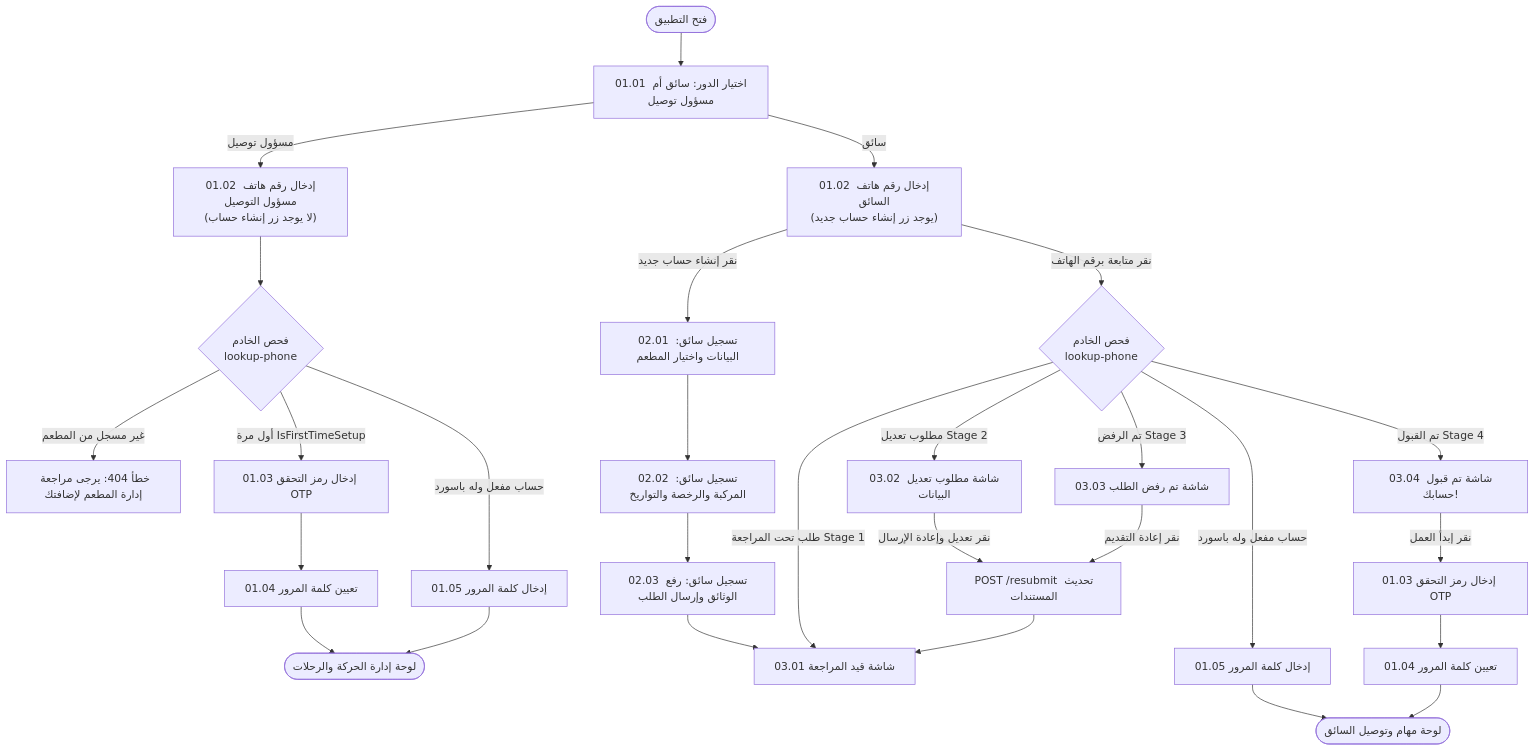
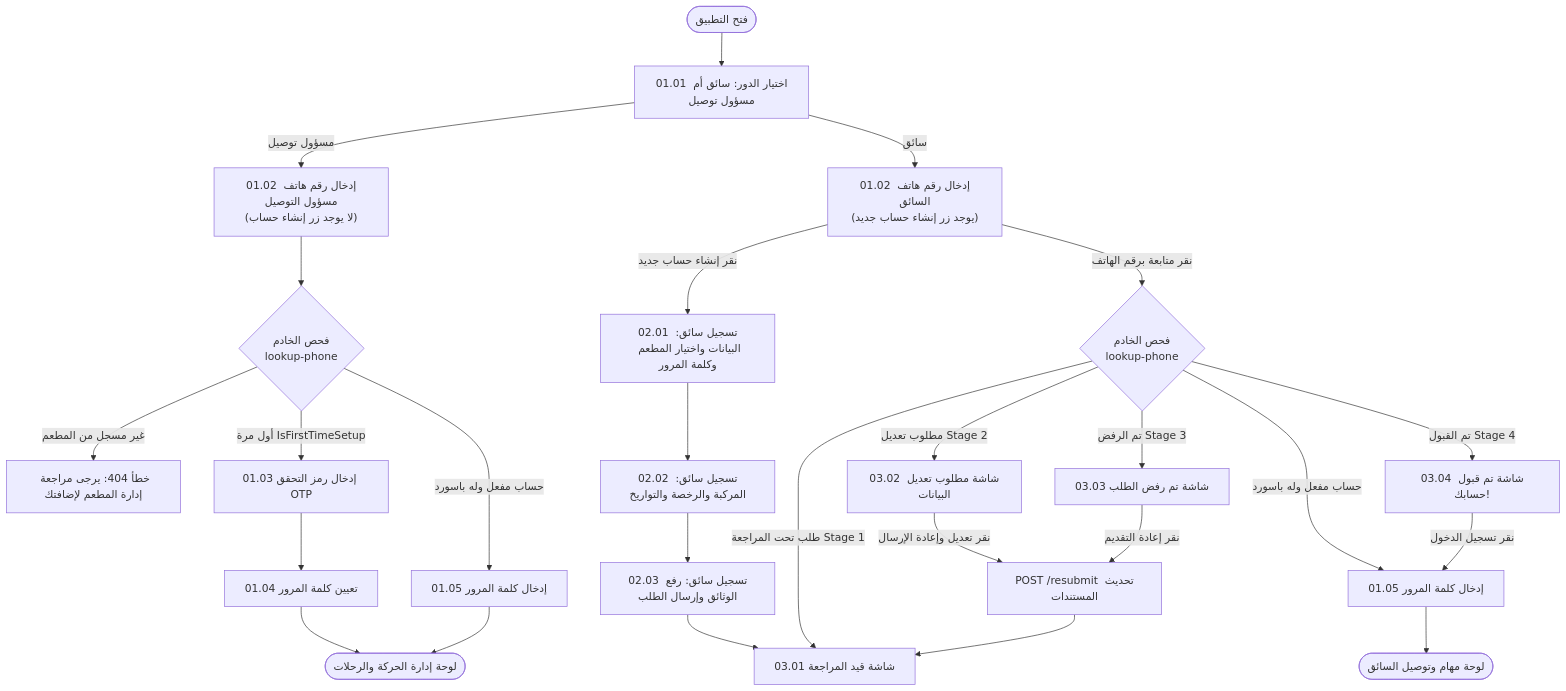
The diagram in mobile-screens/README.md (blackfalc0ns/mealmeta_backend), drawn with Mermaid before and after one commit. The commit also changed other lines of this file and 1 other file, not shown here.

Commit message:
docs(mobile): add comprehensive FCM device token and push notification integration guide

````diff
--- a/mobile-screens/README.md
+++ b/mobile-screens/README.md
@@ -118,39 +121,37 @@
 ```mermaid
 flowchart TD
     Start([فتح التطبيق]) --> R01["01.01 اختيار الدور: سائق أم مسؤول توصيل"]
     
     %% مسؤول التوصيل
     R01 -->|مسؤول توصيل| DM_Phone["01.02 إدخال رقم هاتف مسؤول التوصيل\n(لا يوجد زر إنشاء حساب)"]
     DM_Phone --> Lookup_DM{"فحص الخادم\nlookup-phone"}
     Lookup_DM -->|غير مسجل من المطعم| DM_404["خطأ 404: يرجى مراجعة إدارة المطعم لإضافتك"]
     Lookup_DM -->|أول مرة IsFirstTimeSetup| OTP_DM["01.03 إدخال رمز التحقق OTP"]
     OTP_DM --> SetPwd_DM["01.04 تعيين كلمة المرور"]
     SetPwd_DM --> DM_Home([لوحة إدارة الحركة والرحلات])
     Lookup_DM -->|حساب مفعل وله باسورد| Pwd_DM["01.05 إدخال كلمة المرور"]
     Pwd_DM --> DM_Home
 
     %% السائق
     R01 -->|سائق| Drv_Phone["01.02 إدخال رقم هاتف السائق\n(يوجد زر إنشاء حساب جديد)"]
-    Drv_Phone -->|نقر إنشاء حساب جديد| Step1["02.01 تسجيل سائق: البيانات واختيار المطعم"]
+    Drv_Phone -->|نقر إنشاء حساب جديد| Step1["02.01 تسجيل سائق: البيانات واختيار المطعم وكلمة المرور"]
     Step1 --> Step2["02.02 تسجيل سائق: المركبة والرخصة والتواريخ"]
     Step2 --> Step3["02.03 تسجيل سائق: رفع الوثائق وإرسال الطلب"]
     Step3 --> St_0301["03.01 شاشة قيد المراجعة"]
 
     Drv_Phone -->|نقر متابعة برقم الهاتف| Lookup_Drv{"فحص الخادم\nlookup-phone"}
     Lookup_Drv -->|طلب تحت المراجعة Stage 1| St_0301
     Lookup_Drv -->|مطلوب تعديل Stage 2| St_0302["03.02 شاشة مطلوب تعديل البيانات"]
     Lookup_Drv -->|تم الرفض Stage 3| St_0303["03.03 شاشة تم رفض الطلب"]
     Lookup_Drv -->|تم القبول Stage 4| St_0304["03.04 شاشة تم قبول حسابك!"]
     Lookup_Drv -->|حساب مفعل وله باسورد| Pwd_Drv["01.05 إدخال كلمة المرور"]
     Pwd_Drv --> Drv_Home([لوحة مهام وتوصيل السائق])
 
     %% دورة تعديل السائق
     St_0302 -->|نقر تعديل وإعادة الإرسال| Resubmit["POST /resubmit تحديث المستندات"]
     Resubmit --> St_0301
     St_0303 -->|نقر إعادة التقديم| Resubmit
 
     %% قبول السائق
-    St_0304 -->|نقر إبدأ العمل| OTP_Drv["01.03 إدخال رمز التحقق OTP"]
-    OTP_Drv --> SetPwd_Drv["01.04 تعيين كلمة المرور"]
-    SetPwd_Drv --> Drv_Home
+    St_0304 -->|نقر تسجيل الدخول| Pwd_Drv
 ```
````
